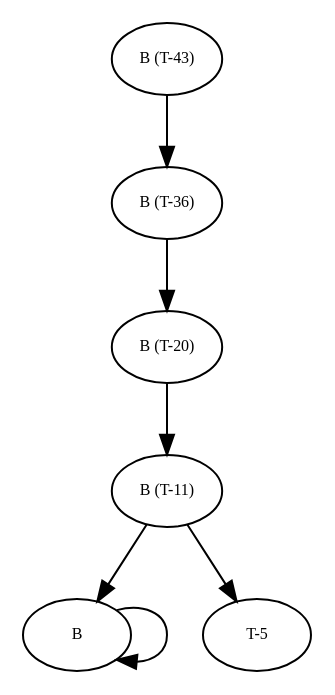
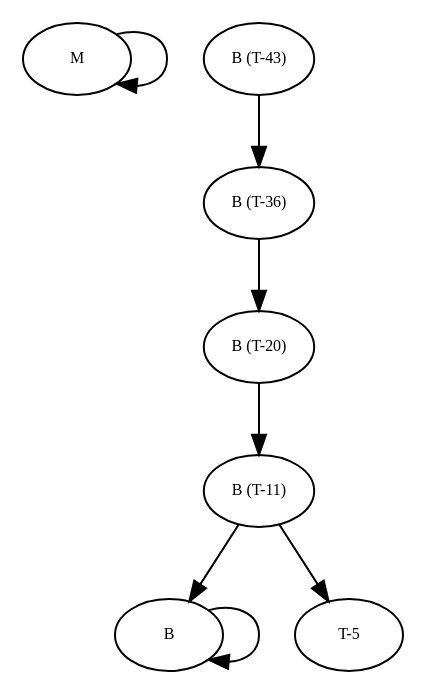
The diagram in graphs/debug_tree1.dot (amso100/livescript-declarations), drawn with Graphviz before and after one commit. The commit also changed 6 other files, not shown here.

```diff
--- a/graphs/debug_tree1.dot
+++ b/graphs/debug_tree1.dot
@@ -1,55 +1,64 @@
 digraph RGL__DirectedAdjacencyGraph {
+    M [
+        fontsize = 8,
+        label = M
+    ]
+
     "B (T-43)" [
         fontsize = 8,
         label = "B (T-43)"
     ]
 
     "B (T-36)" [
         fontsize = 8,
         label = "B (T-36)"
     ]
 
     "B (T-20)" [
         fontsize = 8,
         label = "B (T-20)"
     ]
 
     "B (T-11)" [
         fontsize = 8,
         label = "B (T-11)"
     ]
 
     B [
         fontsize = 8,
         label = B
     ]
 
     "T-5" [
         fontsize = 8,
         label = "T-5"
     ]
 
+    M -> M [
+        fontsize = 8
+    ]
+
     "B (T-43)" -> "B (T-36)" [
         fontsize = 8
     ]
 
     "B (T-36)" -> "B (T-20)" [
         fontsize = 8
     ]
 
     "B (T-20)" -> "B (T-11)" [
         fontsize = 8
     ]
 
     "B (T-11)" -> B [
         fontsize = 8
     ]
 
     "B (T-11)" -> "T-5" [
         fontsize = 8
     ]
 
     B -> B [
         fontsize = 8
     ]
 }
```
